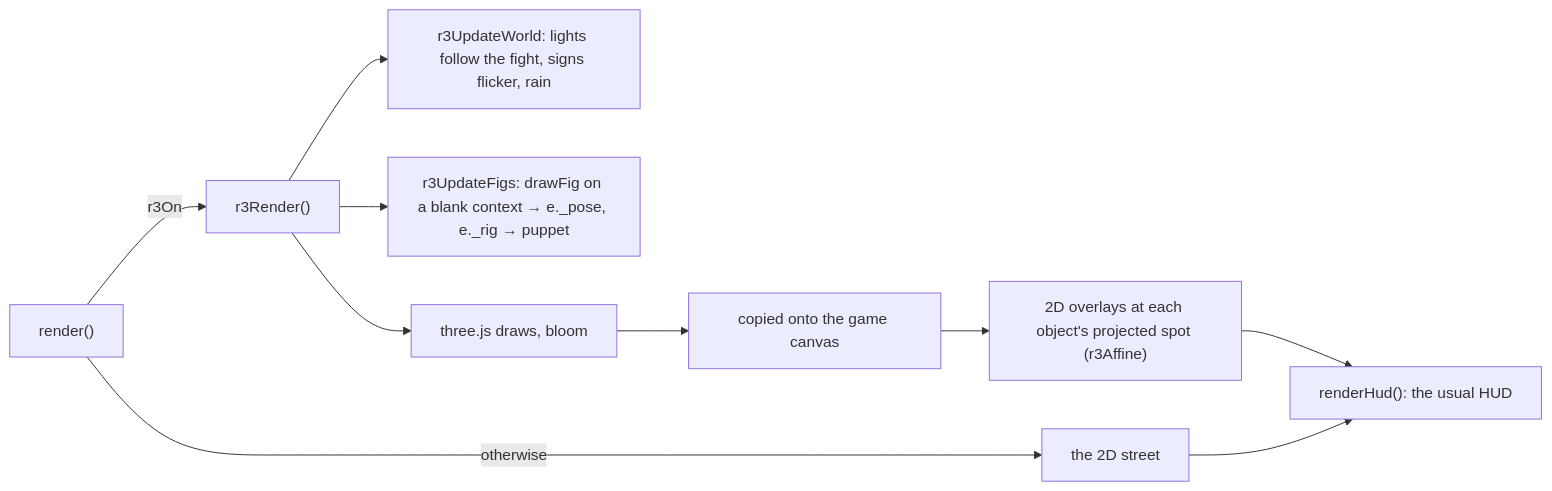
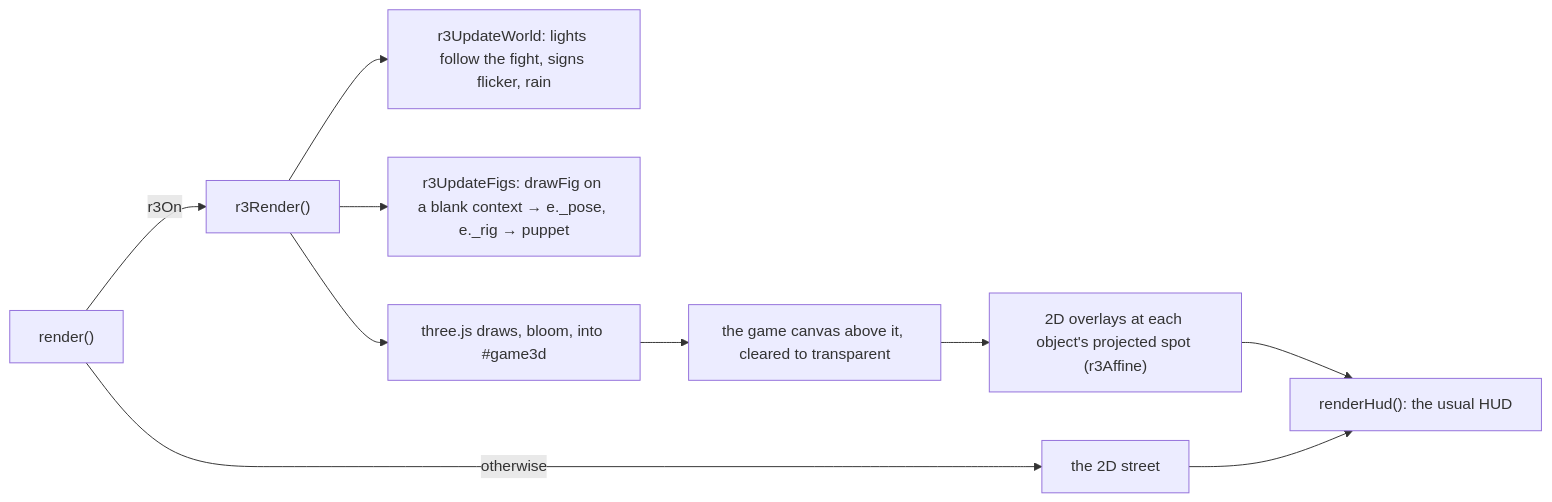
One commit to CptNope/Cyber-City-Tactics changed the third of 4 diagrams in docs/wiki/Architecture.md. Above: the diagram before and after it, drawn with Mermaid. The commit also changed other lines of this file and 9 other files, not shown here.

````diff
--- a/docs/wiki/Architecture.md
+++ b/docs/wiki/Architecture.md
@@ -67,9 +67,9 @@
 ```mermaid
 flowchart LR
   R["render()"] -->|r3On| R3["r3Render()"]
   R3 --> W["r3UpdateWorld: lights follow the fight, signs flicker, rain"]
   R3 --> F["r3UpdateFigs: drawFig on a blank context → e._pose, e._rig → puppet"]
-  R3 --> GL["three.js draws, bloom"] --> C["copied onto the game canvas"]
+  R3 --> GL["three.js draws, bloom, into #game3d"] --> C["the game canvas above it, cleared to transparent"]
   C --> O["2D overlays at each object's projected spot (r3Affine)"] --> H["renderHud(): the usual HUD"]
   R -->|otherwise| D2["the 2D street"] --> H
 ```
````
